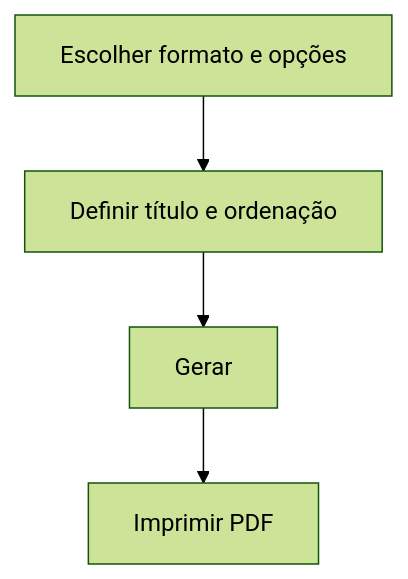
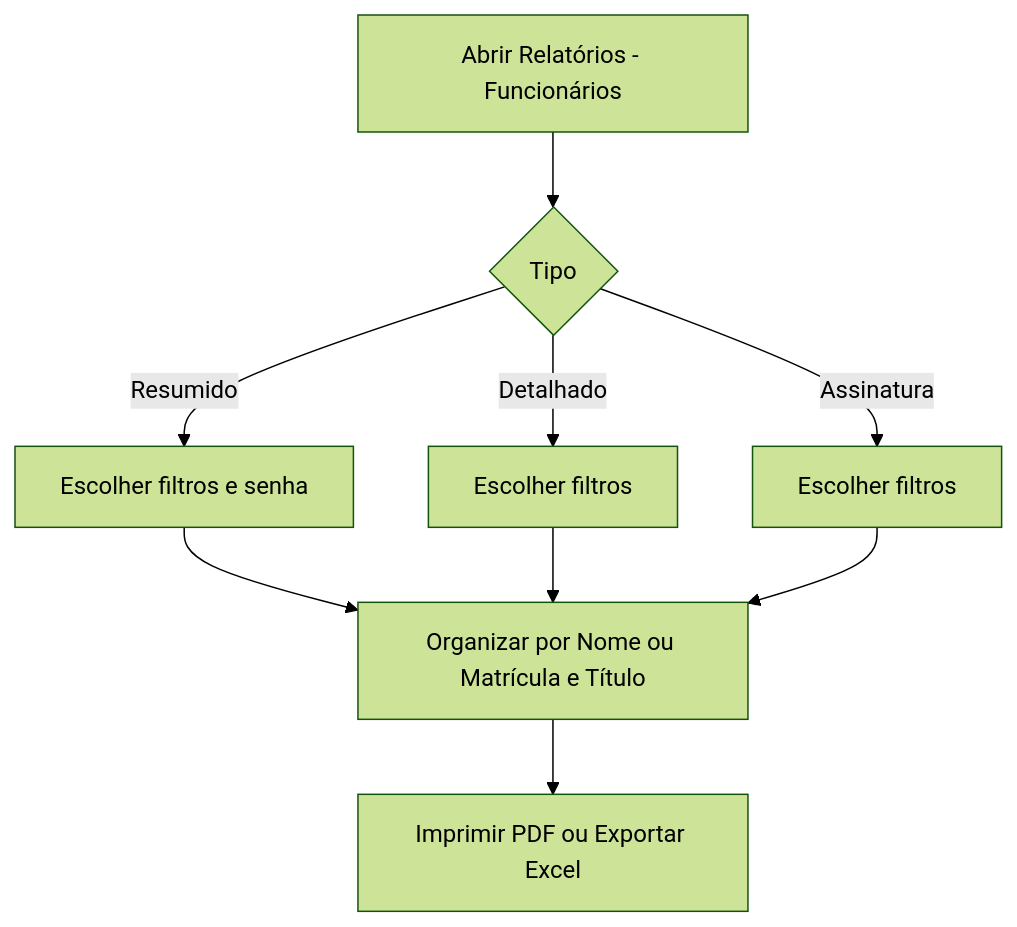
The diagram in docs/relatorios/funcionarios.md (rlopeslameira/harpia-docs), drawn with Mermaid (forest theme) before and after one commit. The commit also changed other lines of this file and 29 other files, not shown here.

````diff
--- a/docs/relatorios/funcionarios.md
+++ b/docs/relatorios/funcionarios.md
@@ -73,6 +116,11 @@
 ```mermaid
 flowchart TD
-    A[Escolher formato e opções] --> B[Definir título e ordenação]
-    B --> C[Gerar]
-    C --> D[Imprimir PDF]
+    A[Abrir Relatórios - Funcionários] --> B{Tipo}
+    B -->|Resumido| C[Escolher filtros e senha]
+    B -->|Detalhado| D[Escolher filtros]
+    B -->|Assinatura| E[Escolher filtros]
+    C --> F[Organizar por Nome ou Matrícula e Título]
+    D --> F
+    E --> F
+    F --> G[Imprimir PDF ou Exportar Excel]
 ```
````
